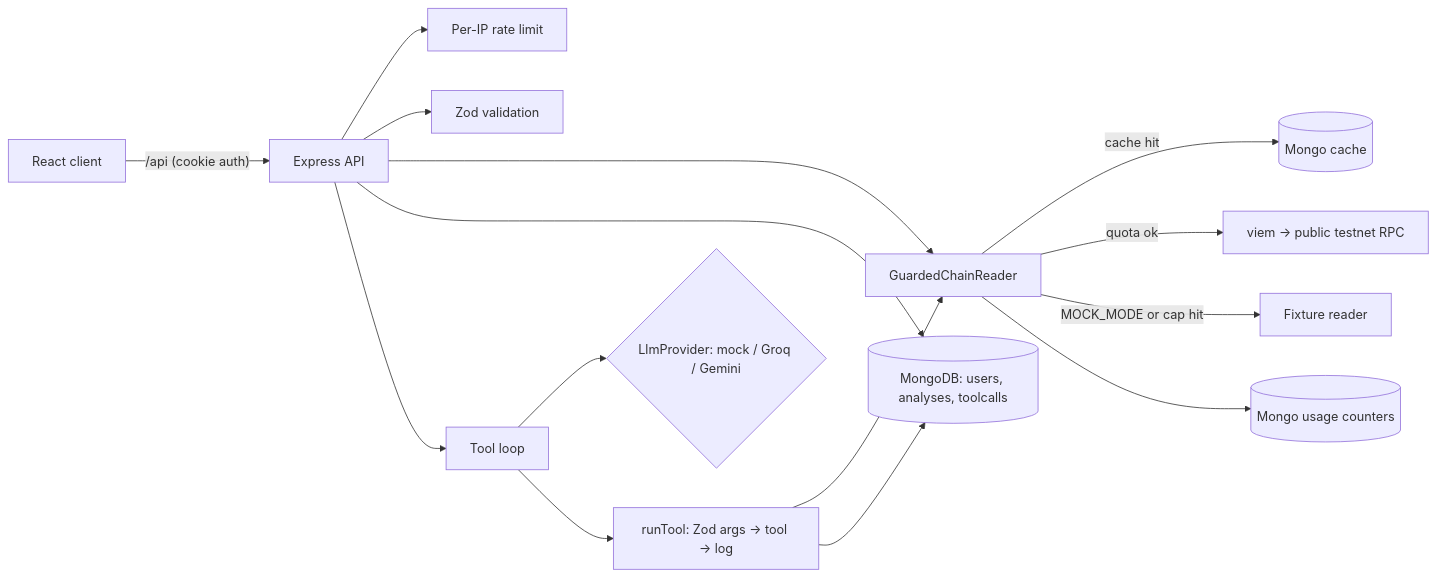
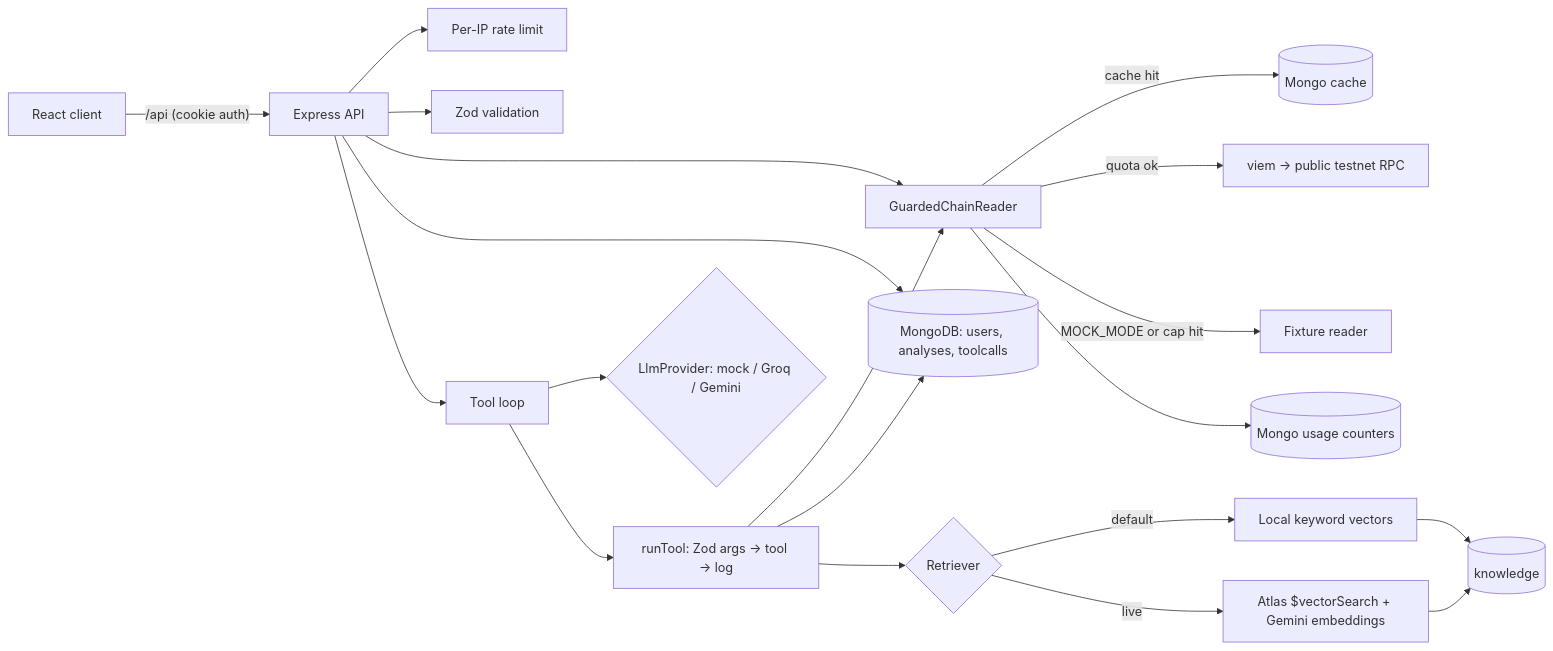
One commit to asghar002345/walletlens changed the diagram in README.md. Above: the diagram before and after it, drawn with Mermaid. The commit also changed other lines of this file, not shown here.

Commit message:
docs: document RAG, the notes set, retrieval backends and Atlas index setup

````diff
--- a/README.md
+++ b/README.md
@@ -31,17 +31,22 @@
 ```mermaid
 flowchart LR
   UI[React client] -- "/api (cookie auth)" --> API[Express API]
   API --> RL[Per-IP rate limit]
   API --> V[Zod validation]
   API --> CR[GuardedChainReader]
   CR -- "cache hit" --> Cache[(Mongo cache)]
   CR -- "quota ok" --> RPC[viem → public testnet RPC]
   CR -- "MOCK_MODE or cap hit" --> FX[Fixture reader]
   CR --> Q[(Mongo usage counters)]
   API --> DB[(MongoDB: users, analyses, toolcalls)]
   API --> AG[Tool loop]
   AG --> LLM{LlmProvider: mock / Groq / Gemini}
   AG --> TR[runTool: Zod args → tool → log]
   TR --> CR
   TR --> DB
+  TR --> RT{Retriever}
+  RT -- default --> LR[Local keyword vectors]
+  RT -- live --> AV[Atlas $vectorSearch + Gemini embeddings]
+  LR --> KN[(knowledge)]
+  AV --> KN
 ```
````
